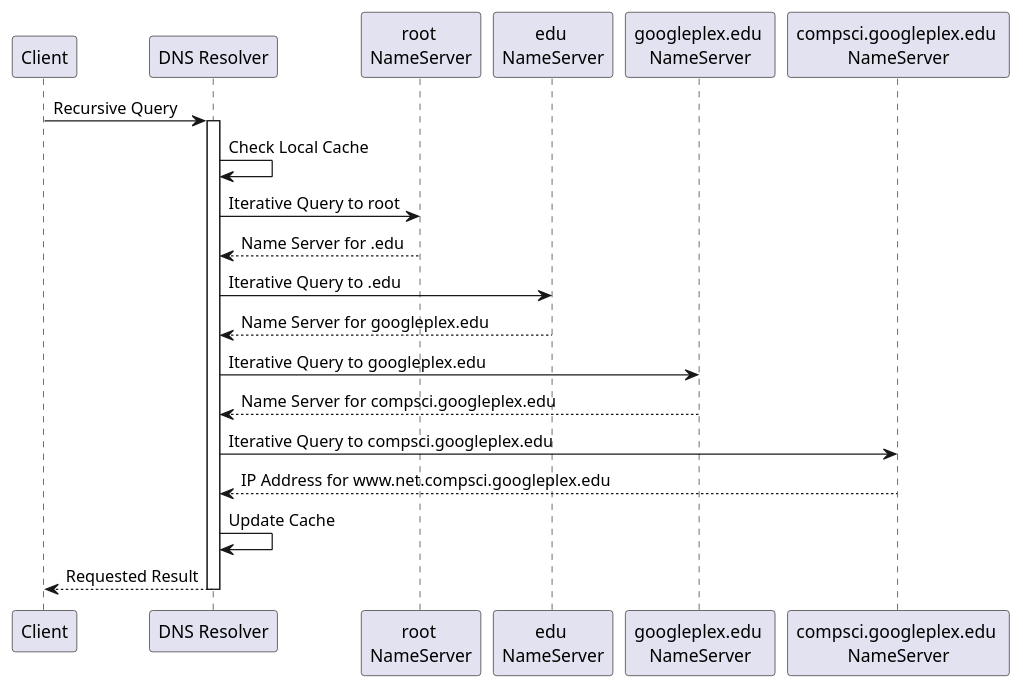
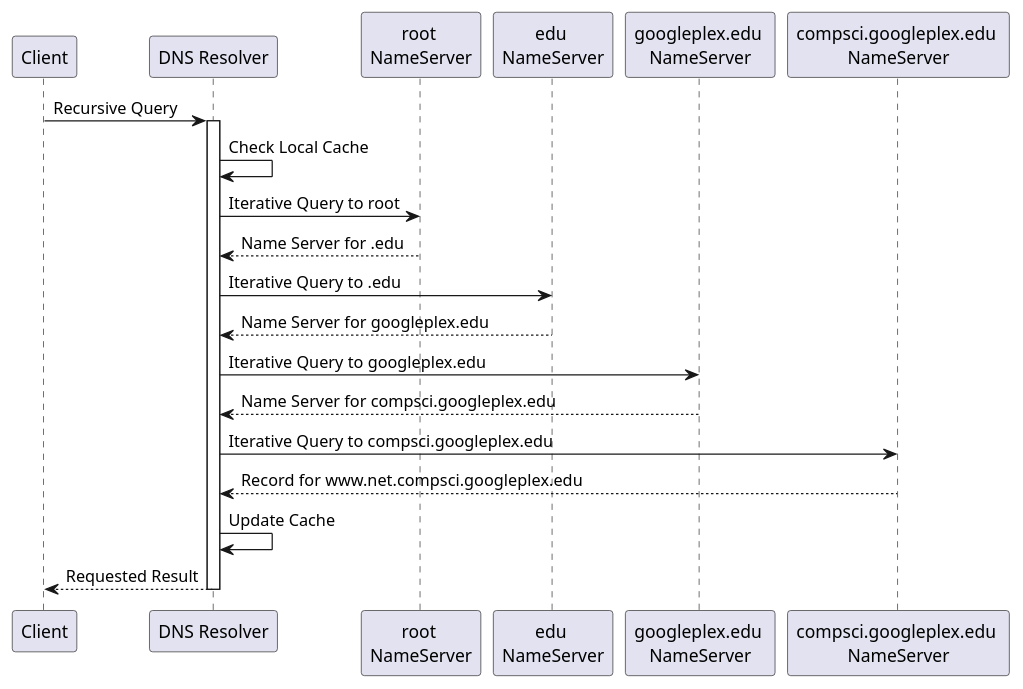
One commit to yidas/web-service-protocols changed the diagram in dns/resolution-process.plantuml. Above: the diagram before and after it, drawn with PlantUML.

```diff
--- a/dns/resolution-process.plantuml
+++ b/dns/resolution-process.plantuml
@@ -1,25 +1,25 @@
 @startuml
 participant "Client" as c
 participant "DNS Resolver" as resolver
 
 participant "root \nNameServer" as rns
 participant "edu \nNameServer" as tldns
 participant "googleplex.edu \nNameServer" as dns
 participant "compsci.googleplex.edu \nNameServer" as sns
 
 c->resolver: Recursive Query
 activate resolver
 resolver->resolver: Check Local Cache
 resolver->rns: Iterative Query to root
 rns-->resolver: Name Server for .edu
 resolver->tldns: Iterative Query to .edu
 tldns-->resolver: Name Server for googleplex.edu
 resolver->dns: Iterative Query to googleplex.edu
 dns-->resolver: Name Server for compsci.googleplex.edu
 resolver->sns: Iterative Query to compsci.googleplex.edu
-sns-->resolver: IP Address for www.net.compsci.googleplex.edu
+sns-->resolver: Record for www.net.compsci.googleplex.edu
 resolver->resolver: Update Cache
 resolver-->c: Requested Result
 deactivate resolver
 
 @enduml
```
